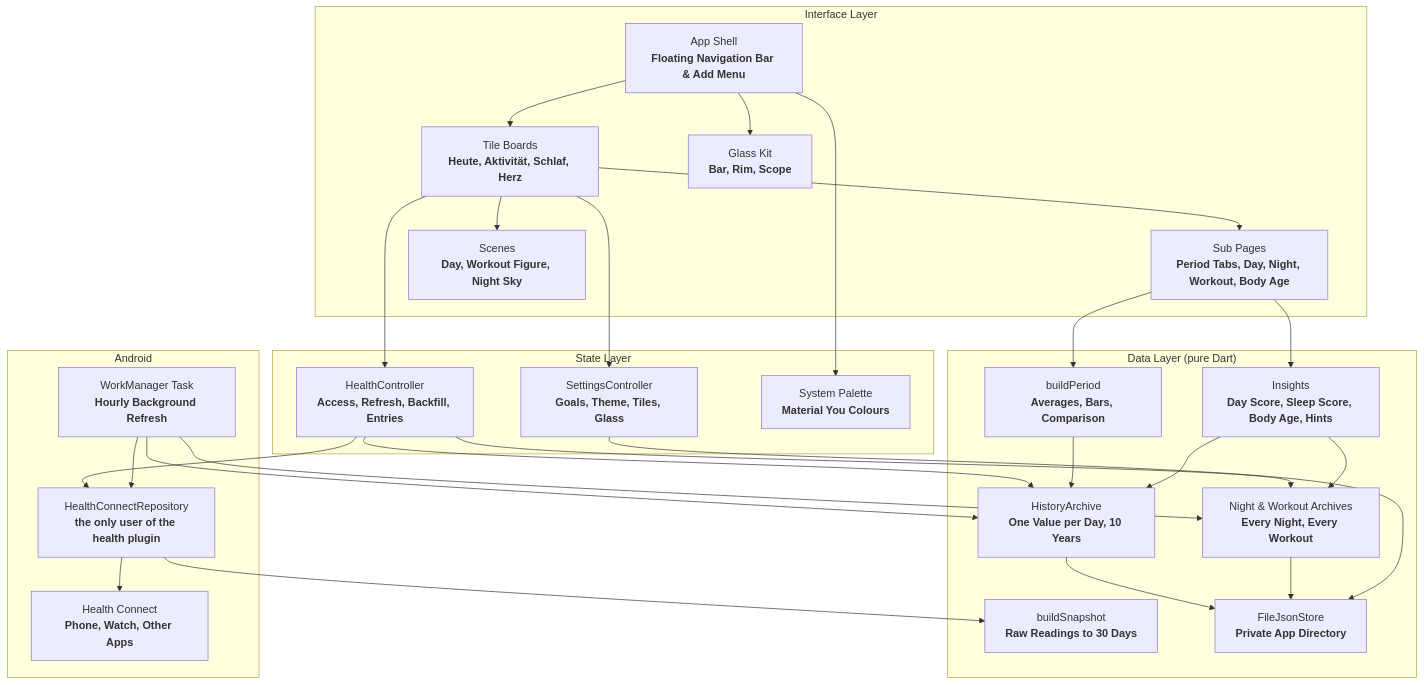
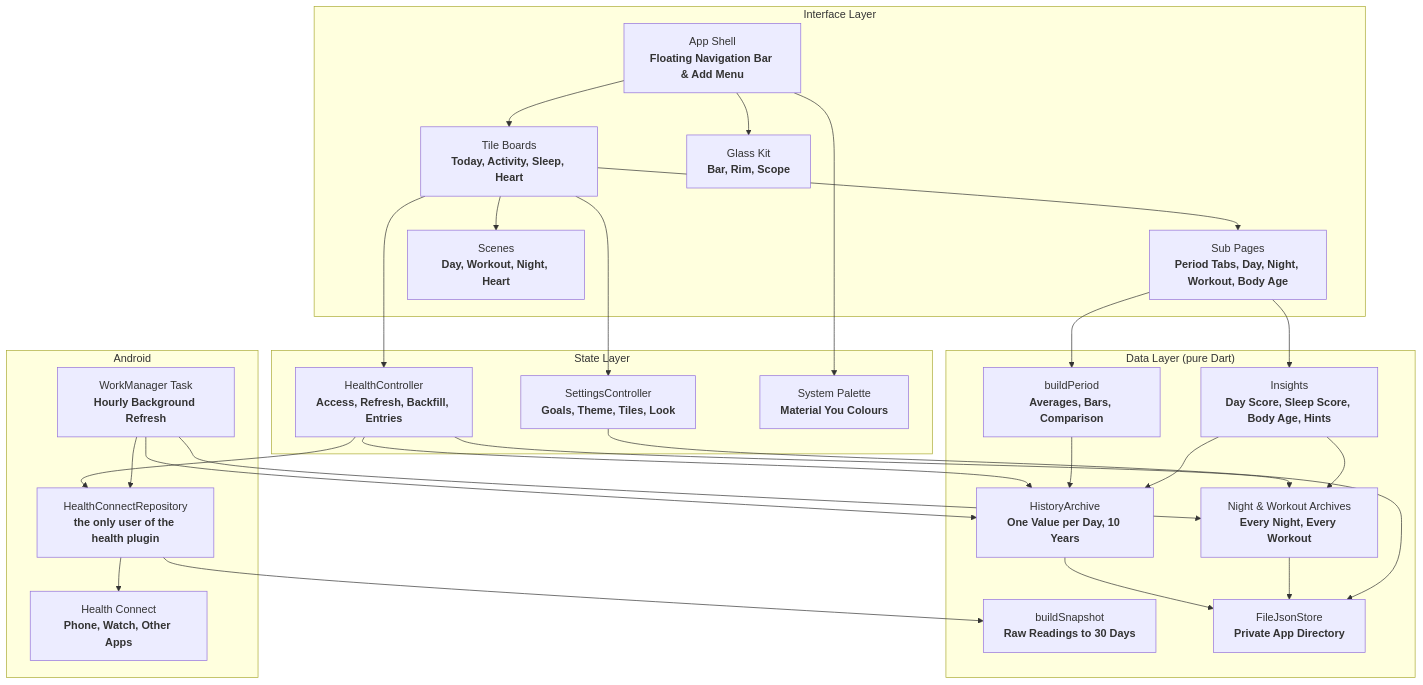
Before and after one commit to tomsliikee/pulse: the first of 2 diagrams in README.md, drawn with Mermaid. The commit also changed other lines of this file and 8 other files, not shown here.

````diff
--- a/README.md
+++ b/README.md
@@ -44,55 +281,55 @@
 ```mermaid
 flowchart TD
     subgraph UI ["Interface Layer"]
         Shell["App Shell<br/><b>Floating Navigation Bar & Add Menu</b>"]
-        Boards["Tile Boards<br/><b>Heute, Aktivität, Schlaf, Herz</b>"]
+        Boards["Tile Boards<br/><b>Today, Activity, Sleep, Heart</b>"]
         Detail["Sub Pages<br/><b>Period Tabs, Day, Night, Workout, Body Age</b>"]
-        Scenes["Scenes<br/><b>Day, Workout Figure, Night Sky</b>"]
+        Scenes["Scenes<br/><b>Day, Workout, Night, Heart</b>"]
         Glass["Glass Kit<br/><b>Bar, Rim, Scope</b>"]
     end
 
     subgraph State ["State Layer"]
         HealthCtrl["HealthController<br/><b>Access, Refresh, Backfill, Entries</b>"]
-        SettingsCtrl["SettingsController<br/><b>Goals, Theme, Tiles, Glass</b>"]
+        SettingsCtrl["SettingsController<br/><b>Goals, Theme, Tiles, Look</b>"]
         Palette["System Palette<br/><b>Material You Colours</b>"]
     end
 
     subgraph Data ["Data Layer (pure Dart)"]
         Builder["buildSnapshot<br/><b>Raw Readings to 30 Days</b>"]
         Period["buildPeriod<br/><b>Averages, Bars, Comparison</b>"]
         Insights["Insights<br/><b>Day Score, Sleep Score, Body Age, Hints</b>"]
         History["HistoryArchive<br/><b>One Value per Day, 10 Years</b>"]
         Archives["Night & Workout Archives<br/><b>Every Night, Every Workout</b>"]
         Store["FileJsonStore<br/><b>Private App Directory</b>"]
     end
 
     subgraph Device ["Android"]
         Repo["HealthConnectRepository<br/><b>the only user of the health plugin</b>"]
         HC["Health Connect<br/><b>Phone, Watch, Other Apps</b>"]
         Worker["WorkManager Task<br/><b>Hourly Background Refresh</b>"]
     end
 
     Shell --> Boards
     Shell --> Glass
     Boards --> Detail
     Boards --> Scenes
     Boards --> HealthCtrl
     Boards --> SettingsCtrl
     Detail --> Period
     Detail --> Insights
     Shell --> Palette
     HealthCtrl --> Repo
     HealthCtrl --> History
     HealthCtrl --> Archives
     Repo --> Builder
     Repo --> HC
     Worker --> Repo
     Worker --> History
     Worker --> Archives
     Period --> History
     Insights --> Archives
     Insights --> History
     History --> Store
     Archives --> Store
     SettingsCtrl --> Store
 ```
````
